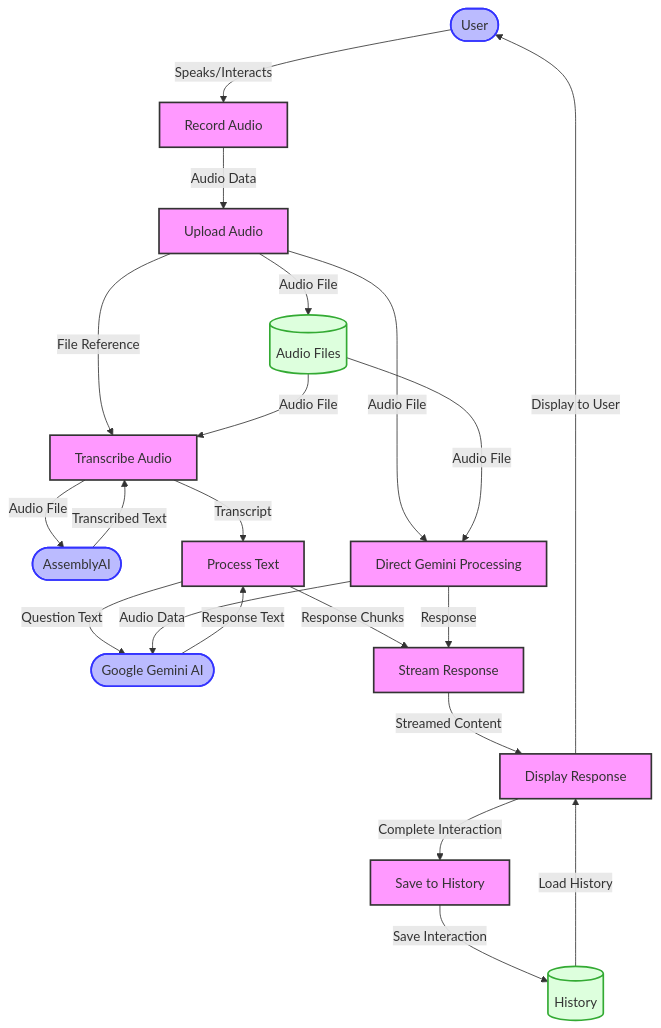
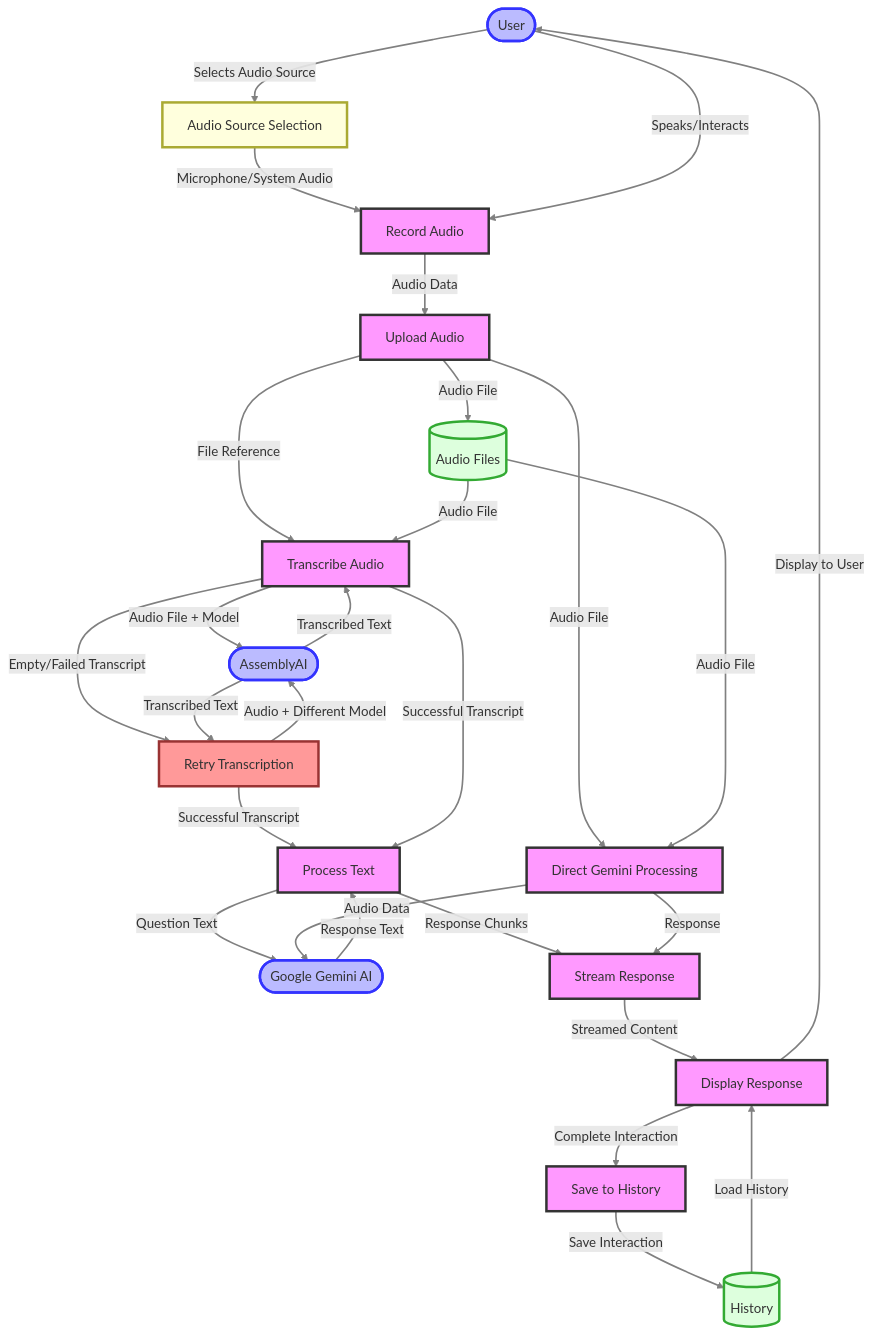
The diagram in diagrams/data_flow_diagram.md (lamdan0901/audio-listener-ai), drawn with Mermaid before and after one commit. The commit also changed other lines of this file and 11 other files, not shown here.

Commit message:
Enhance platform component diagram and rendering script

````diff
--- a/diagrams/data_flow_diagram.md
+++ b/diagrams/data_flow_diagram.md
@@ -3,54 +3,73 @@
 ```mermaid
 flowchart TD
     %% External entities
     User([User])
     AssemblyAI([AssemblyAI])
     GeminiAI([Google Gemini AI])
-    
+
     %% Processes
     P1[Record Audio]
     P2[Upload Audio]
     P3[Transcribe Audio]
+    P3R[Retry Transcription]
     P4[Process Text]
     P5[Stream Response]
     P6[Display Response]
     P7[Save to History]
     P8[Direct Gemini Processing]
-    
+    P9[Audio Source Selection]
+
     %% Data stores
     DS1[(Audio Files)]
     DS2[(History)]
-    
-    %% Data flows
+
+    %% Data flows - Main path
+    User -->|Selects Audio Source| P9
+    P9 -->|Microphone/System Audio| P1
     User -->|Speaks/Interacts| P1
     P1 -->|Audio Data| P2
     P2 -->|Audio File| DS1
     P2 -->|File Reference| P3
     DS1 -->|Audio File| P3
-    P3 -->|Audio File| AssemblyAI
+    P3 -->|Audio File + Model| AssemblyAI
     AssemblyAI -->|Transcribed Text| P3
-    P3 -->|Transcript| P4
+
+    %% Retry flow
+    P3 -->|Empty/Failed Transcript| P3R
+    P3R -->|Audio + Different Model| AssemblyAI
+    AssemblyAI -->|Transcribed Text| P3R
+    P3R -->|Successful Transcript| P4
+
+    %% Continue main flow
+    P3 -->|Successful Transcript| P4
     P4 -->|Question Text| GeminiAI
     GeminiAI -->|Response Text| P4
     P4 -->|Response Chunks| P5
     P5 -->|Streamed Content| P6
     P6 -->|Display to User| User
     P6 -->|Complete Interaction| P7
     P7 -->|Save Interaction| DS2
     DS2 -->|Load History| P6
-    
+
     %% Alternative flow - Direct Gemini
     P2 -->|Audio File| P8
     DS1 -->|Audio File| P8
     P8 -->|Audio Data| GeminiAI
     P8 -->|Response| P5
-    
-    %% Styling
-    classDef process fill:#f9f,stroke:#333,stroke-width:2px;
-    classDef entity fill:#bbf,stroke:#33f,stroke-width:2px;
-    classDef datastore fill:#dfd,stroke:#3a3,stroke-width:2px;
-    
+
+    %% Styling with improved visibility
+    classDef process fill:#f9f,stroke:#333,stroke-width:3px;
+    classDef retry fill:#f99,stroke:#933,stroke-width:3px;
+    classDef entity fill:#bbf,stroke:#33f,stroke-width:3px;
+    classDef datastore fill:#dfd,stroke:#3a3,stroke-width:3px;
+    classDef selection fill:#ffd,stroke:#aa3,stroke-width:3px;
+
     class P1,P2,P3,P4,P5,P6,P7,P8 process;
+    class P3R retry;
+    class P9 selection;
     class User,AssemblyAI,GeminiAI entity;
     class DS1,DS2 datastore;
+
+    %% Link styling for better visibility
+    linkStyle default stroke-width:2px,fill:none,stroke:gray;
 ```
````
